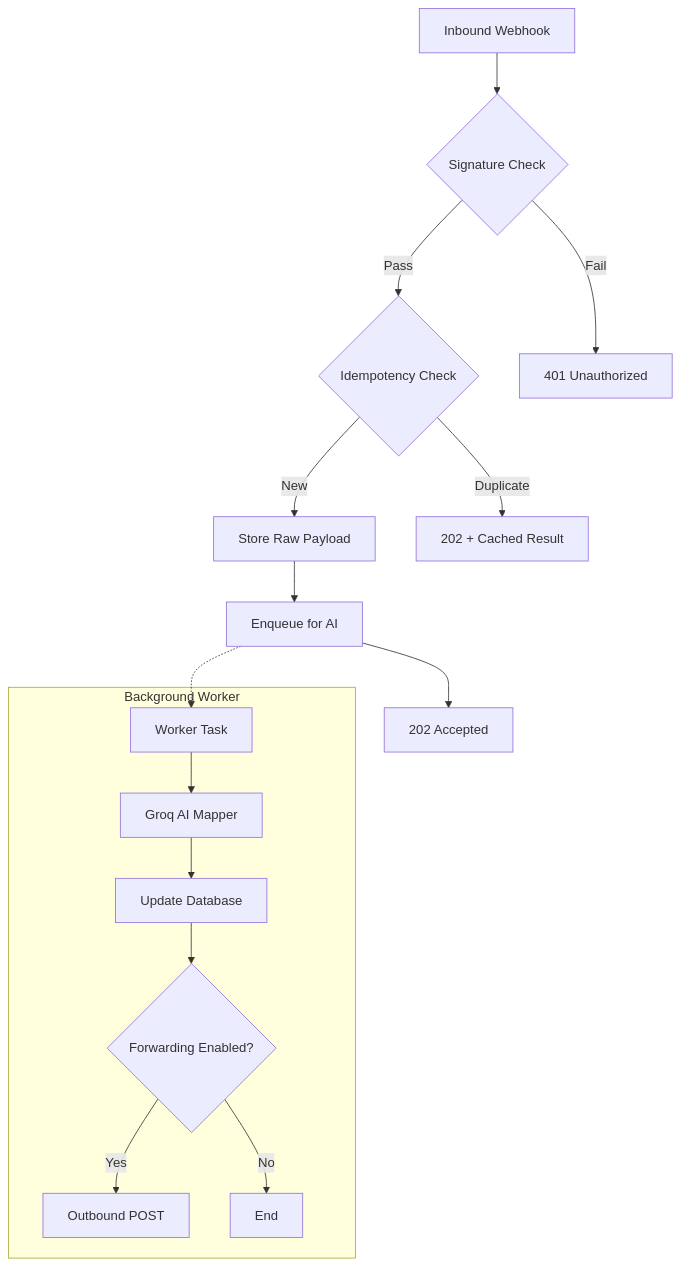
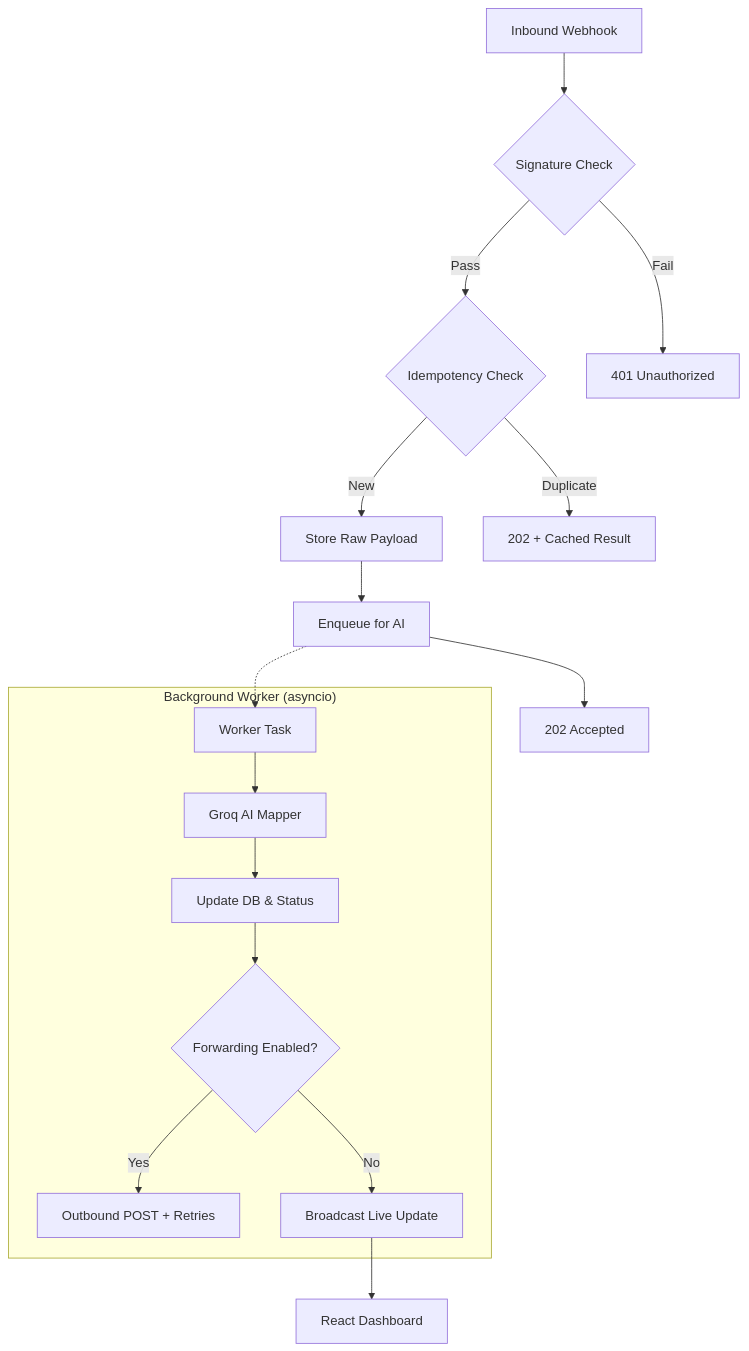
The diagram in README.md (Cheezu-hub/universal-webhooks), drawn with Mermaid before and after one commit. The commit also changed other lines of this file and 23 other files, not shown here.

````diff
--- a/README.md
+++ b/README.md
@@ -28,20 +29,21 @@
 ```mermaid
 graph TD
     A[Inbound Webhook] --> B{Signature Check}
     B -- Pass --> C{Idempotency Check}
     B -- Fail --> D[401 Unauthorized]
     C -- New --> E[Store Raw Payload]
     C -- Duplicate --> F[202 + Cached Result]
     E --> G[Enqueue for AI]
     G --> H[202 Accepted]
     
-    subgraph "Background Worker"
+    subgraph "Background Worker (asyncio)"
         I[Worker Task] --> J[Groq AI Mapper]
-        J --> K[Update Database]
+        J --> K[Update DB & Status]
         K --> L{Forwarding Enabled?}
-        L -- Yes --> M[Outbound POST]
-        L -- No --> N[End]
+        L -- Yes --> M[Outbound POST + Retries]
+        L -- No --> N[Broadcast Live Update]
     end
     
     G -.-> I
+    N --> O[React Dashboard]
 ```
````
